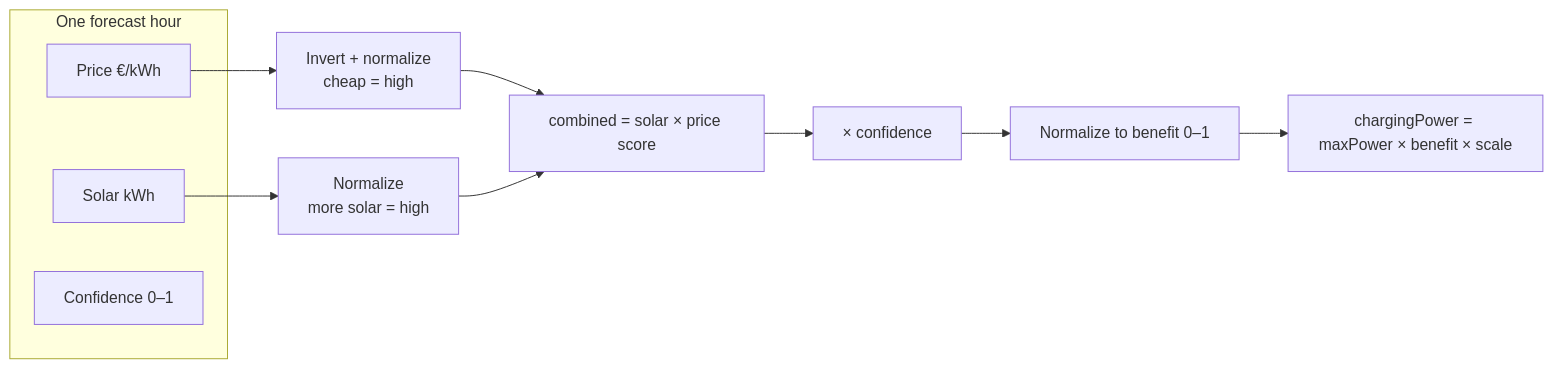
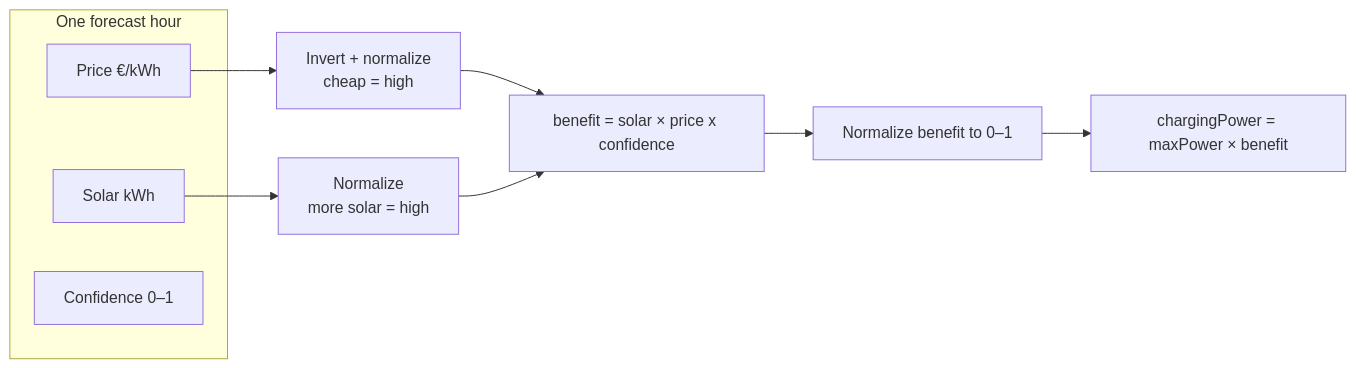
One commit to maitrux/ev-charging-optimizer changed the second of 2 diagrams in README.md. Above: the diagram before and after it, drawn with Mermaid. The commit also changed other lines of this file, not shown here.

````diff
--- a/README.md
+++ b/README.md
@@ -106,16 +84,15 @@
 ```mermaid
 flowchart LR
   subgraph hour [One forecast hour]
     P[Price €/kWh]
     SO[Solar kWh]
     C[Confidence 0–1]
   end
 
   P --> NP[Invert + normalize<br/>cheap = high]
   SO --> NS[Normalize<br/>more solar = high]
-  NP --> COMB[combined = solar × price score]
+  NP --> COMB[benefit = solar × price x confidence]
   NS --> COMB
-  COMB --> CONF[× confidence]
-  CONF --> BEN[Normalize to benefit 0–1]
-  BEN --> OUT[chargingPower = maxPower × benefit × scale]
+  COMB --> BEN[Normalize benefit to 0–1]
+  BEN --> OUT[chargingPower = maxPower × benefit]
 ```
````
